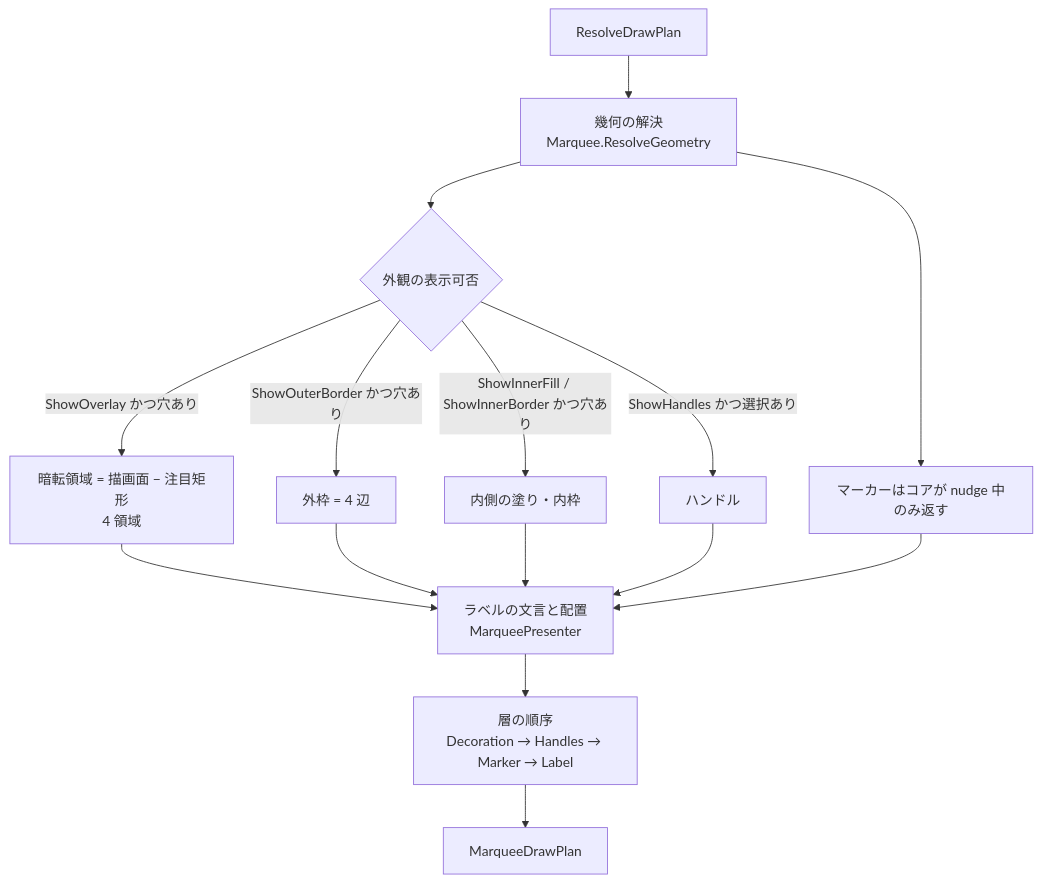
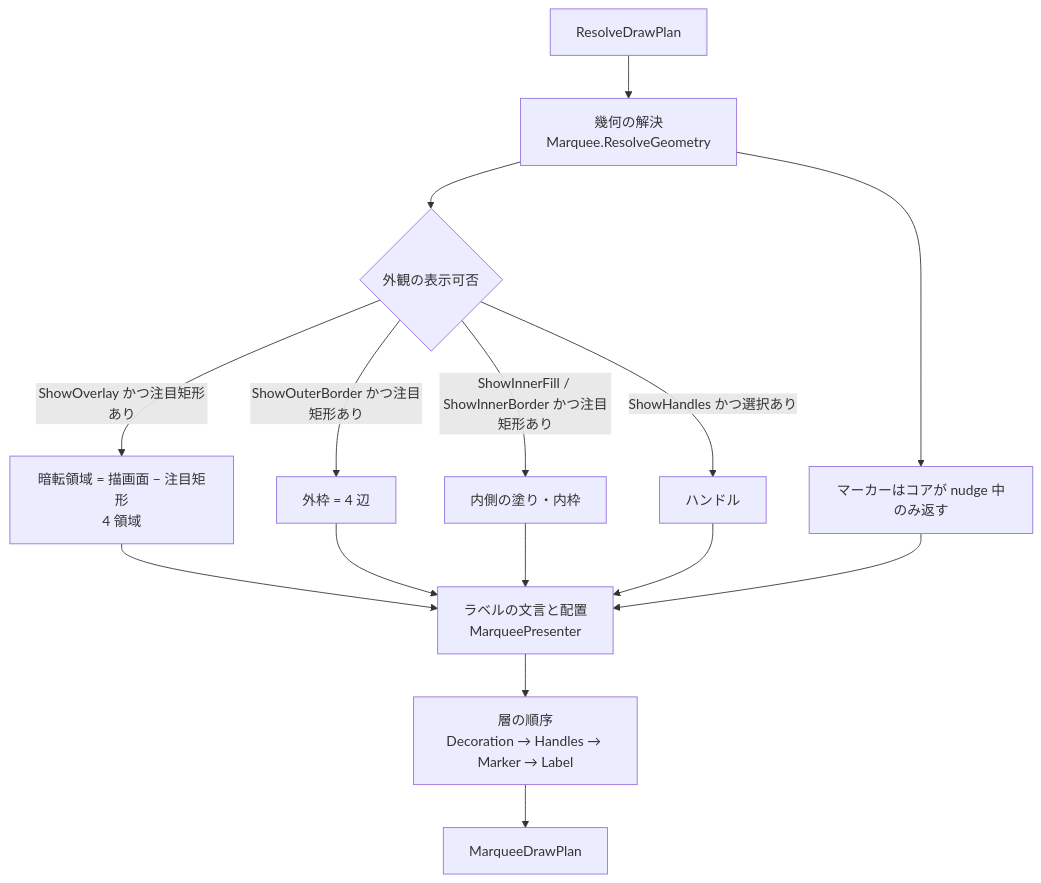
Before and after one commit to tomokuni/SaveEvidence: the second of 2 diagrams in src/Feature.Marquee.Presenter/docs/SPEC_System.md, drawn with Mermaid. The commit also changed other lines of this file and 11 other files, not shown here.

````diff
--- a/src/Feature.Marquee.Presenter/docs/SPEC_System.md
+++ b/src/Feature.Marquee.Presenter/docs/SPEC_System.md
@@ -74,17 +74,17 @@
 ```mermaid
 flowchart TD
     A[ResolveDrawPlan] --> B[幾何の解決<br/>Marquee.ResolveGeometry]
     B --> C{外観の表示可否}
-    C -->|ShowOverlay かつ穴あり| D[暗転領域 = 描画面 − 注目矩形<br/>4 領域]
-    C -->|ShowOuterBorder かつ穴あり| E[外枠 = 4 辺]
-    C -->|ShowInnerFill / ShowInnerBorder かつ穴あり| F[内側の塗り・内枠]
+    C -->|ShowOverlay かつ注目矩形あり| D[暗転領域 = 描画面 − 注目矩形<br/>4 領域]
+    C -->|ShowOuterBorder かつ注目矩形あり| E[外枠 = 4 辺]
+    C -->|ShowInnerFill / ShowInnerBorder かつ注目矩形あり| F[内側の塗り・内枠]
     C -->|ShowHandles かつ選択あり| G[ハンドル]
     B --> H[マーカーはコアが nudge 中のみ返す]
     D --> I[ラベルの文言と配置<br/>MarqueePresenter]
     E --> I
     F --> I
     G --> I
     H --> I
     I --> J[層の順序<br/>Decoration → Handles → Marker → Label]
     J --> K[MarqueeDrawPlan]
 ```
````
